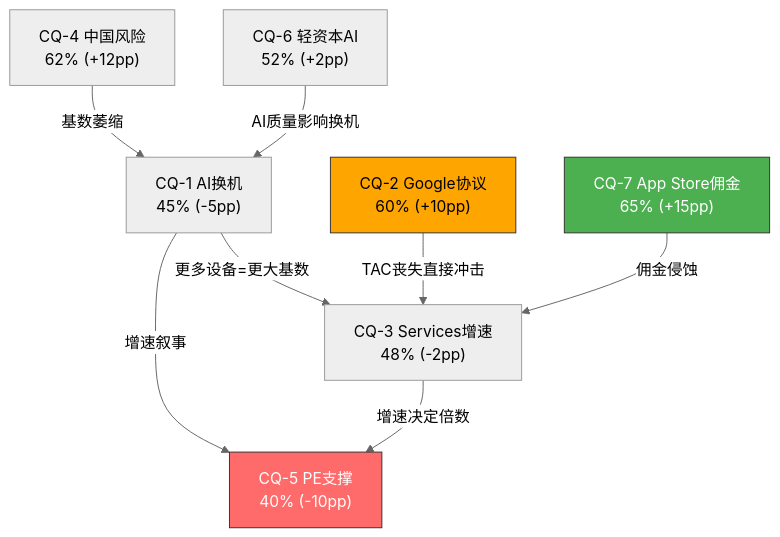
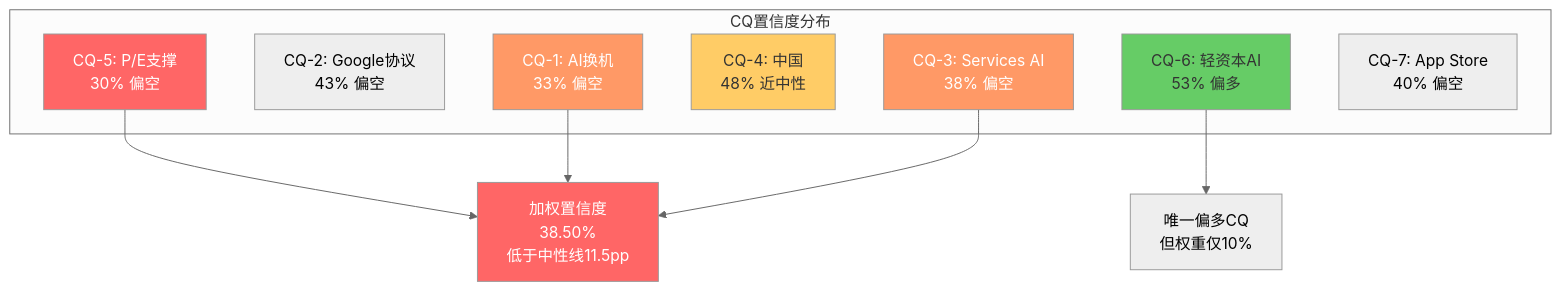
The fourth of 4 diagrams in reports/AAPL/staging/AAPL_P2_CrossValidation.md (miltonnewyork25-afk/investment-master), drawn with Mermaid (neutral theme) before and after one commit. The commit also changed other lines of this file and 1 other file, not shown here.

````diff
--- a/reports/AAPL/staging/AAPL_P2_CrossValidation.md
+++ b/reports/AAPL/staging/AAPL_P2_CrossValidation.md
@@ -468,14 +439,25 @@
 ```mermaid
 graph TD
-    CQ6["CQ-6 轻资本AI<br/>52% (+2pp)"] -->|AI质量影响换机| CQ1["CQ-1 AI换机<br/>45% (-5pp)"]
-    CQ1 -->|更多设备=更大基数| CQ3["CQ-3 Services增速<br/>48% (-2pp)"]
-    CQ2["CQ-2 Google协议<br/>60% (+10pp)"] -->|TAC丧失直接冲击| CQ3
-    CQ7["CQ-7 App Store佣金<br/>65% (+15pp)"] -->|佣金侵蚀| CQ3
-    CQ4["CQ-4 中国风险<br/>62% (+12pp)"] -->|基数萎缩| CQ1
-    CQ3 -->|增速决定倍数| CQ5["CQ-5 PE支撑<br/>40% (-10pp)"]
-    CQ1 -->|增速叙事| CQ5
+    subgraph "CQ置信度分布"
+        CQ1["CQ-1: AI换机<br/>33% 偏空"]
+        CQ2["CQ-2: Google协议<br/>43% 偏空"]
+        CQ3["CQ-3: Services AI<br/>38% 偏空"]
+        CQ4["CQ-4: 中国<br/>48% 近中性"]
+        CQ5["CQ-5: P/E支撑<br/>30% 偏空"]
+        CQ6["CQ-6: 轻资本AI<br/>53% 偏多"]
+        CQ7["CQ-7: App Store<br/>40% 偏空"]
+    end
 
-    style CQ5 fill:#ff6b6b,stroke:#333,color:#fff
-    style CQ7 fill:#4CAF50,stroke:#333,color:#fff
-    style CQ2 fill:#ffa500,stroke:#333
+    CQ5 --> R["加权置信度<br/>38.50%<br/>低于中性线11.5pp"]
+    CQ1 --> R
+    CQ3 --> R
+
+    CQ6 --> G["唯一偏多CQ<br/>但权重仅10%"]
+
+    style CQ5 fill:#ff6666,color:#fff
+    style CQ1 fill:#ff9966,color:#fff
+    style CQ3 fill:#ff9966,color:#fff
+    style CQ6 fill:#66cc66,color:#333
+    style CQ4 fill:#ffcc66,color:#333
+    style R fill:#ff6666,color:#fff
 ```
````
